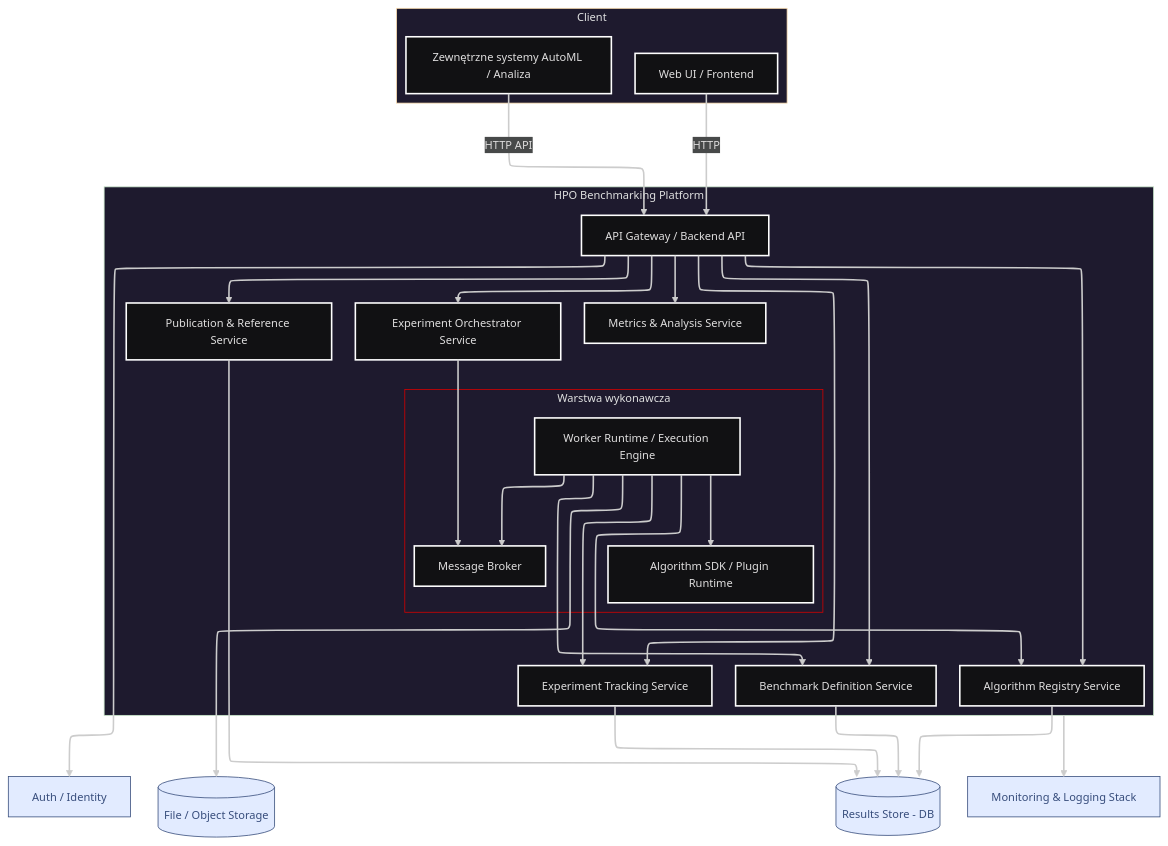
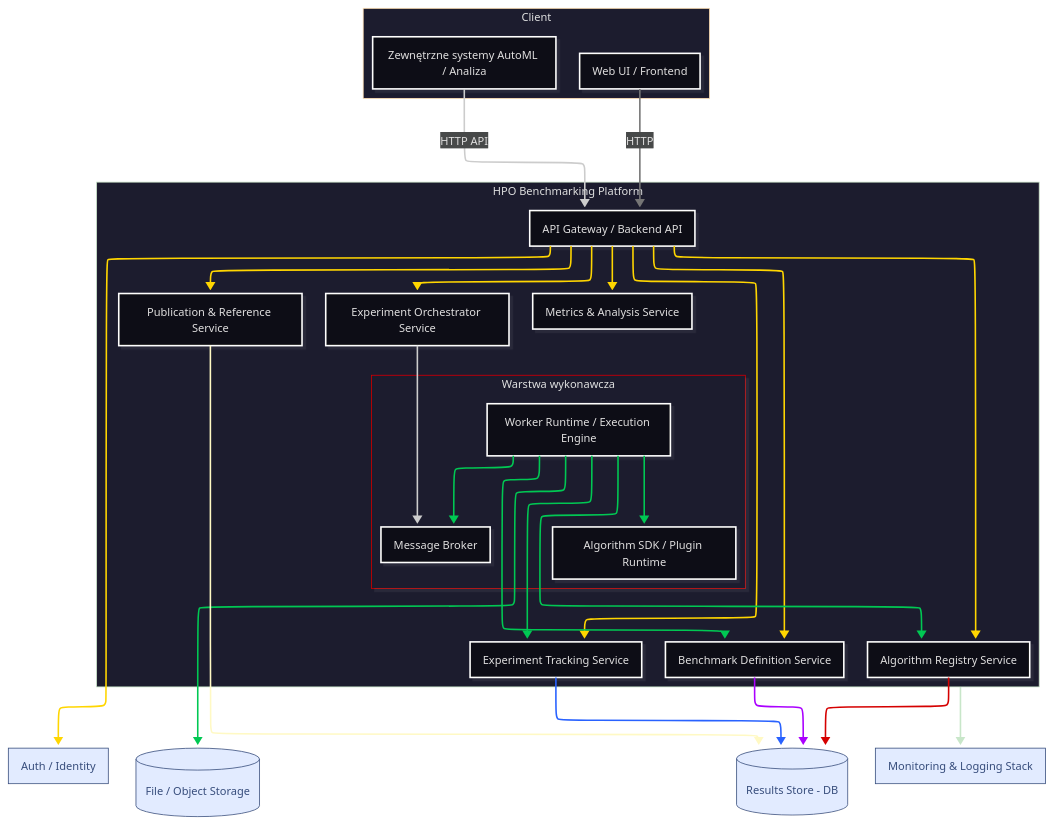
Before and after one commit to jedrzejpolaczek/aviarium.corvidae.corvus_corone: the second of 37 diagrams in docs/hpo_benchmark_architektura_HPO_benchmark.md, drawn with Mermaid. The commit also changed other lines of this file, not shown here.

Commit message:
docs: fix mermaid

````diff
--- a/docs/hpo_benchmark_architektura_HPO_benchmark.md
+++ b/docs/hpo_benchmark_architektura_HPO_benchmark.md
@@ -153,45 +150,65 @@
 ```mermaid
 ---
 config:
+  look: neo
   layout: elk
   theme: redux-dark
 ---
 flowchart TB
  subgraph Client["Client"]
         UI["Web UI / Frontend"]
         Ext["Zewnętrzne systemy AutoML / Analiza"]
   end
  subgraph ExecLayer["Warstwa wykonawcza"]
         MB["Message Broker"]
         WORKER["Worker Runtime / Execution Engine"]
         PLUGIN["Algorithm SDK / Plugin Runtime"]
   end
  subgraph Core["HPO Benchmarking Platform"]
         APIGW["API Gateway / Backend API"]
         ORCH["Experiment Orchestrator Service"]
         TRK["Experiment Tracking Service"]
         ANALYTICS["Metrics & Analysis Service"]
         BENCH["Benchmark Definition Service"]
         ALGREG["Algorithm Registry Service"]
         PUB["Publication & Reference Service"]
         ExecLayer
   end
     UI -- HTTP --> APIGW
     Ext -- HTTP API --> APIGW
     APIGW --> ORCH & TRK & ANALYTICS & BENCH & ALGREG & PUB & AUTH["Auth / Identity"]
     ORCH --> MB
     WORKER --> MB & TRK & BENCH & ALGREG & OBJ[("File / Object Storage")] & PLUGIN
     TRK --> DB[("Results Store - DB")]
     BENCH --> DB
     ALGREG --> DB
     PUB --> DB
     Core --> MON["Monitoring & Logging Stack"]
      AUTH:::Sky
      OBJ:::Sky
      DB:::Sky
      MON:::Sky
     classDef Sky stroke-width:1px, stroke-dasharray:none, stroke:#374D7C, fill:#E2EBFF, color:#374D7C
     style ExecLayer stroke:#D50000
     style Core stroke:#C8E6C9
     style Client stroke:#FFE0B2
+    linkStyle 0 stroke:#757575,fill:none
+    linkStyle 2 stroke:#FFD600,fill:none
+    linkStyle 3 stroke:#FFD600,fill:none
+    linkStyle 4 stroke:#FFD600,fill:none
+    linkStyle 5 stroke:#FFD600,fill:none
+    linkStyle 6 stroke:#FFD600,fill:none
+    linkStyle 7 stroke:#FFD600,fill:none
+    linkStyle 8 stroke:#FFD600,fill:none
+    linkStyle 10 stroke:#00C853,fill:none
+    linkStyle 11 stroke:#00C853,fill:none
+    linkStyle 12 stroke:#00C853,fill:none
+    linkStyle 13 stroke:#00C853,fill:none
+    linkStyle 14 stroke:#00C853,fill:none
+    linkStyle 15 stroke:#00C853,fill:none
+    linkStyle 16 stroke:#2962FF,fill:none
+    linkStyle 17 stroke:#AA00FF,fill:none
+    linkStyle 18 stroke:#D50000,fill:none
+    linkStyle 19 stroke:#FFF9C4,fill:none
+    linkStyle 20 stroke:#C8E6C9
 ```
````
